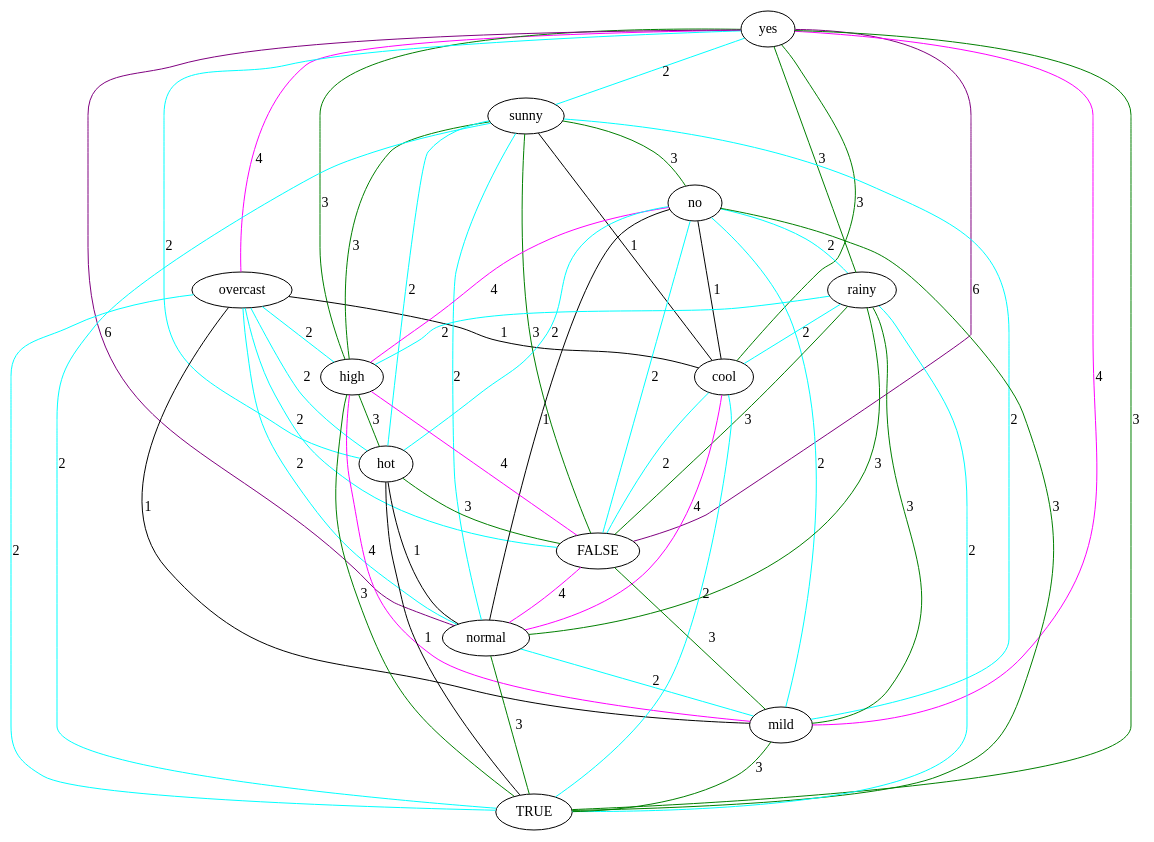
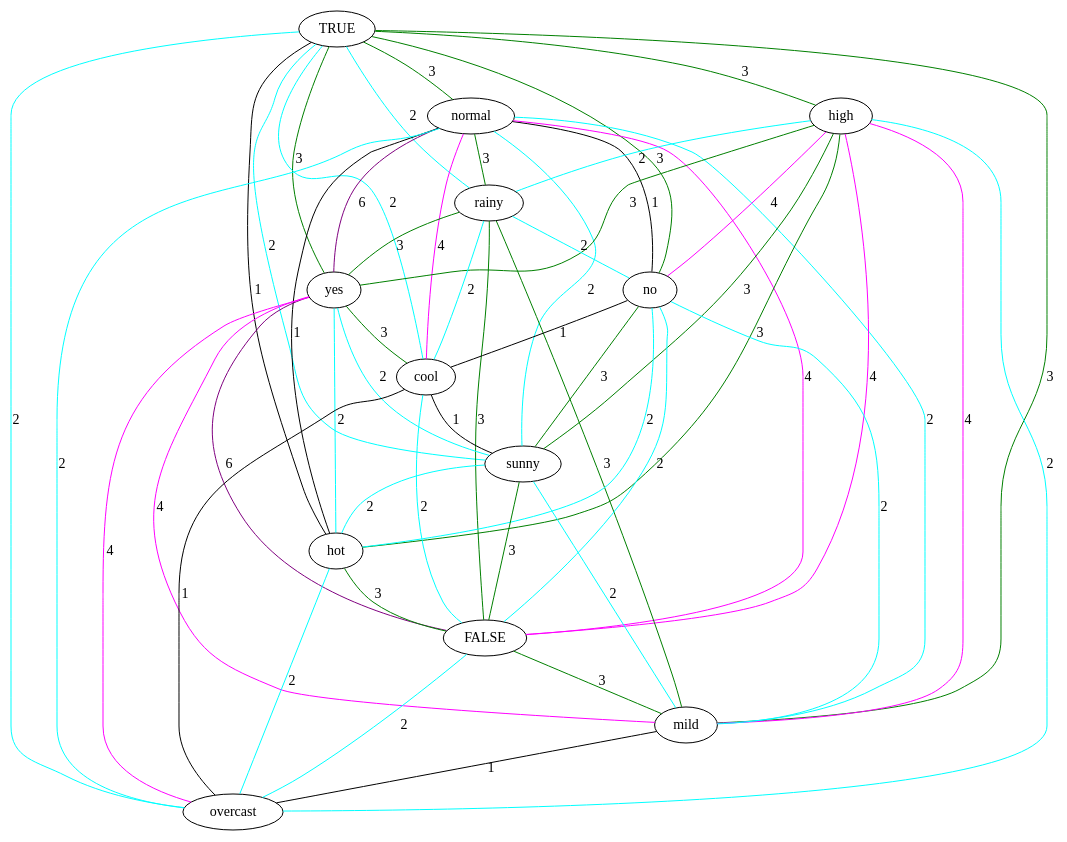
The diagram in src/final/linearGraph.dot (lrodrin/TFG), drawn with Graphviz before and after one commit. The commit also changed 5 other files, not shown here.

Commit message:
solucionat l'error que dónava a la creació del linear graph. acabats planar i linear grafs.

```diff
--- a/src/final/linearGraph.dot
+++ b/src/final/linearGraph.dot
@@ -1,68 +1,68 @@
 strict graph "" {
+TRUE;
+normal;
+high;
+rainy;
 yes;
+no;
+cool;
+sunny;
+hot;
+FALSE;
+mild;
 overcast;
-sunny;
-no;
-rainy;
-high;
-hot;
-cool;
-FALSE;
-normal;
-mild;
-TRUE;
+TRUE -- overcast  [color=cyan, label=2];
+TRUE -- cool  [color=cyan, label=2];
+TRUE -- normal  [color=green, label=3];
+TRUE -- sunny  [color=cyan, label=2];
+TRUE -- high  [color=green, label=3];
+TRUE -- hot  [color=black, label=1];
+TRUE -- rainy  [color=cyan, label=2];
+TRUE -- mild  [color=green, label=3];
+TRUE -- yes  [color=green, label=3];
+TRUE -- no  [color=green, label=3];
+normal -- overcast  [color=cyan, label=2];
+normal -- FALSE  [color=magenta, label=4];
+normal -- cool  [color=magenta, label=4];
+normal -- sunny  [color=cyan, label=2];
+normal -- hot  [color=black, label=1];
+normal -- mild  [color=cyan, label=2];
+normal -- rainy  [color=green, label=3];
+normal -- no  [color=black, label=1];
+normal -- yes  [color=purple, label=6];
+high -- overcast  [color=cyan, label=2];
+high -- rainy  [color=cyan, label=2];
+high -- yes  [color=green, label=3];
+high -- sunny  [color=green, label=3];
+high -- hot  [color=green, label=3];
+high -- no  [color=magenta, label=4];
+high -- mild  [color=magenta, label=4];
+high -- FALSE  [color=magenta, label=4];
+rainy -- cool  [color=cyan, label=2];
+rainy -- no  [color=cyan, label=2];
+rainy -- mild  [color=green, label=3];
+rainy -- yes  [color=green, label=3];
+rainy -- FALSE  [color=green, label=3];
+yes -- overcast  [color=magenta, label=4];
+yes -- cool  [color=green, label=3];
+yes -- hot  [color=cyan, label=2];
 yes -- sunny  [color=cyan, label=2];
-yes -- hot  [color=cyan, label=2];
-yes -- overcast  [color=magenta, label=4];
+yes -- mild  [color=magenta, label=4];
 yes -- FALSE  [color=purple, label=6];
-yes -- normal  [color=purple, label=6];
-yes -- cool  [color=green, label=3];
-yes -- mild  [color=magenta, label=4];
-yes -- high  [color=green, label=3];
-yes -- rainy  [color=green, label=3];
-yes -- TRUE  [color=green, label=3];
-overcast -- hot  [color=cyan, label=2];
-overcast -- cool  [color=black, label=1];
-overcast -- FALSE  [color=cyan, label=2];
-overcast -- normal  [color=cyan, label=2];
-overcast -- mild  [color=black, label=1];
-overcast -- high  [color=cyan, label=2];
-overcast -- TRUE  [color=cyan, label=2];
+no -- cool  [color=black, label=1];
+no -- sunny  [color=green, label=3];
+no -- hot  [color=cyan, label=2];
+no -- mild  [color=cyan, label=2];
+no -- FALSE  [color=cyan, label=2];
+cool -- overcast  [color=black, label=1];
+cool -- FALSE  [color=cyan, label=2];
+cool -- sunny  [color=black, label=1];
 sunny -- hot  [color=cyan, label=2];
-sunny -- TRUE  [color=cyan, label=2];
+sunny -- mild  [color=cyan, label=2];
 sunny -- FALSE  [color=green, label=3];
-sunny -- normal  [color=cyan, label=2];
-sunny -- mild  [color=cyan, label=2];
-sunny -- high  [color=green, label=3];
-sunny -- cool  [color=black, label=1];
-sunny -- no  [color=green, label=3];
-no -- normal  [color=black, label=1];
-no -- hot  [color=cyan, label=2];
-no -- TRUE  [color=green, label=3];
-no -- FALSE  [color=cyan, label=2];
-no -- cool  [color=black, label=1];
-no -- mild  [color=cyan, label=2];
-no -- high  [color=magenta, label=4];
-no -- rainy  [color=cyan, label=2];
-rainy -- cool  [color=cyan, label=2];
-rainy -- FALSE  [color=green, label=3];
-rainy -- mild  [color=green, label=3];
-rainy -- high  [color=cyan, label=2];
-rainy -- normal  [color=green, label=3];
-rainy -- TRUE  [color=cyan, label=2];
-high -- hot  [color=green, label=3];
-high -- FALSE  [color=magenta, label=4];
-high -- mild  [color=magenta, label=4];
-high -- TRUE  [color=green, label=3];
-hot -- TRUE  [color=black, label=1];
+hot -- overcast  [color=cyan, label=2];
 hot -- FALSE  [color=green, label=3];
-hot -- normal  [color=black, label=1];
-cool -- FALSE  [color=cyan, label=2];
-cool -- TRUE  [color=cyan, label=2];
-cool -- normal  [color=magenta, label=4];
-FALSE -- normal  [color=magenta, label=4];
 FALSE -- mild  [color=green, label=3];
-normal -- mild  [color=cyan, label=2];
-normal -- TRUE  [color=green, label=3];
-mild -- TRUE  [color=green, label=3];
+FALSE -- overcast  [color=cyan, label=2];
+mild -- overcast  [color=black, label=1];
 }
```
